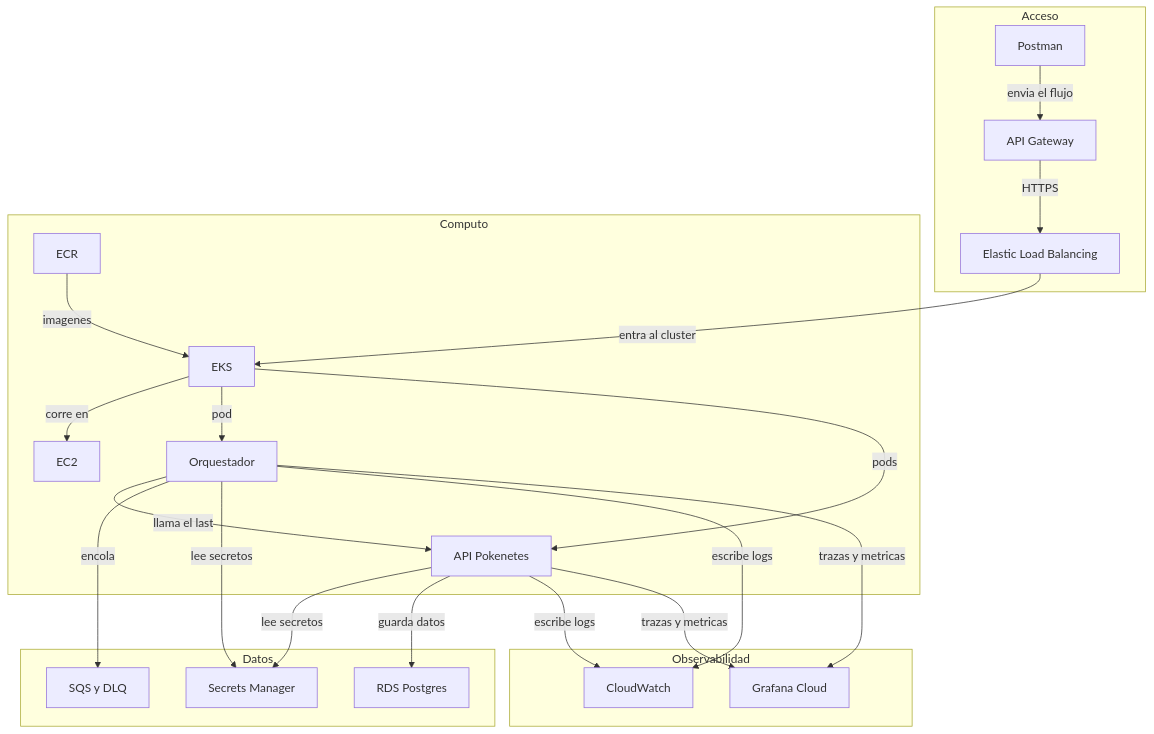
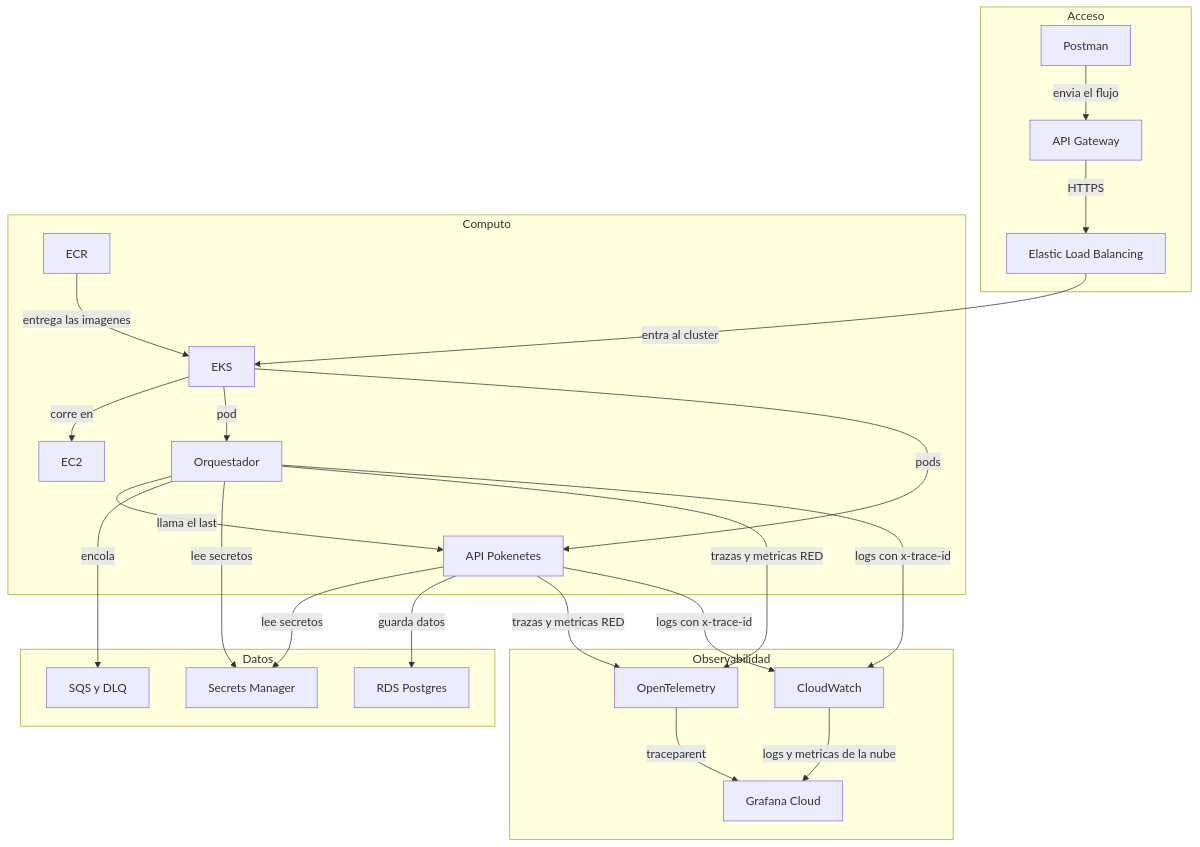
Before and after one commit to Enedev/Pokenetes-API: the diagram in README.md, drawn with Mermaid.

Commit message:
:memo: show OpenTelemetry and the CloudWatch path into Grafana

````diff
--- a/README.md
+++ b/README.md
@@ -22,41 +22,44 @@
 ```mermaid
 flowchart TD
     subgraph acceso [Acceso]
         postman[Postman]
         apigw[API Gateway]
         elb[Elastic Load Balancing]
     end
     subgraph computo [Computo]
         ecr[ECR]
         eks[EKS]
         ec2[EC2]
         orchestrator[Orquestador]
         api[API Pokenetes]
     end
     subgraph datos [Datos]
         sqs[SQS y DLQ]
         rds[RDS Postgres]
         secrets[Secrets Manager]
     end
     subgraph observabilidad [Observabilidad]
+        otel[OpenTelemetry]
         cloudwatch[CloudWatch]
         grafana[Grafana Cloud]
     end
 
     postman -->|envia el flujo| apigw
     apigw -->|HTTPS| elb
     elb -->|entra al cluster| eks
-    ecr -->|imagenes| eks
+    ecr -->|entrega las imagenes| eks
     eks -->|corre en| ec2
     eks -->|pod| orchestrator
     eks -->|pods| api
     orchestrator -->|llama el last| api
     orchestrator -->|encola| sqs
     orchestrator -->|lee secretos| secrets
     api -->|lee secretos| secrets
     api -->|guarda datos| rds
-    orchestrator -->|escribe logs| cloudwatch
-    api -->|escribe logs| cloudwatch
-    orchestrator -->|trazas y metricas| grafana
-    api -->|trazas y metricas| grafana
+    orchestrator -->|trazas y metricas RED| otel
+    api -->|trazas y metricas RED| otel
+    otel -->|traceparent| grafana
+    orchestrator -->|logs con x-trace-id| cloudwatch
+    api -->|logs con x-trace-id| cloudwatch
+    cloudwatch -->|logs y metricas de la nube| grafana
 ```
````
